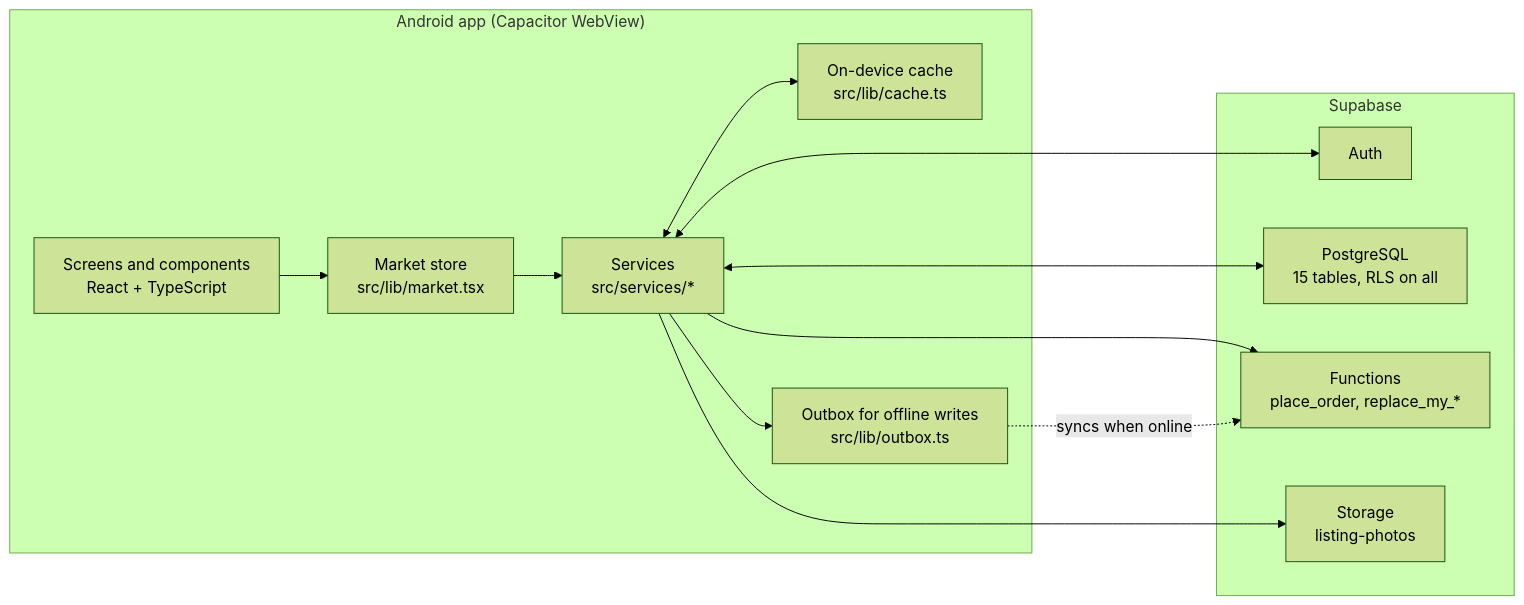
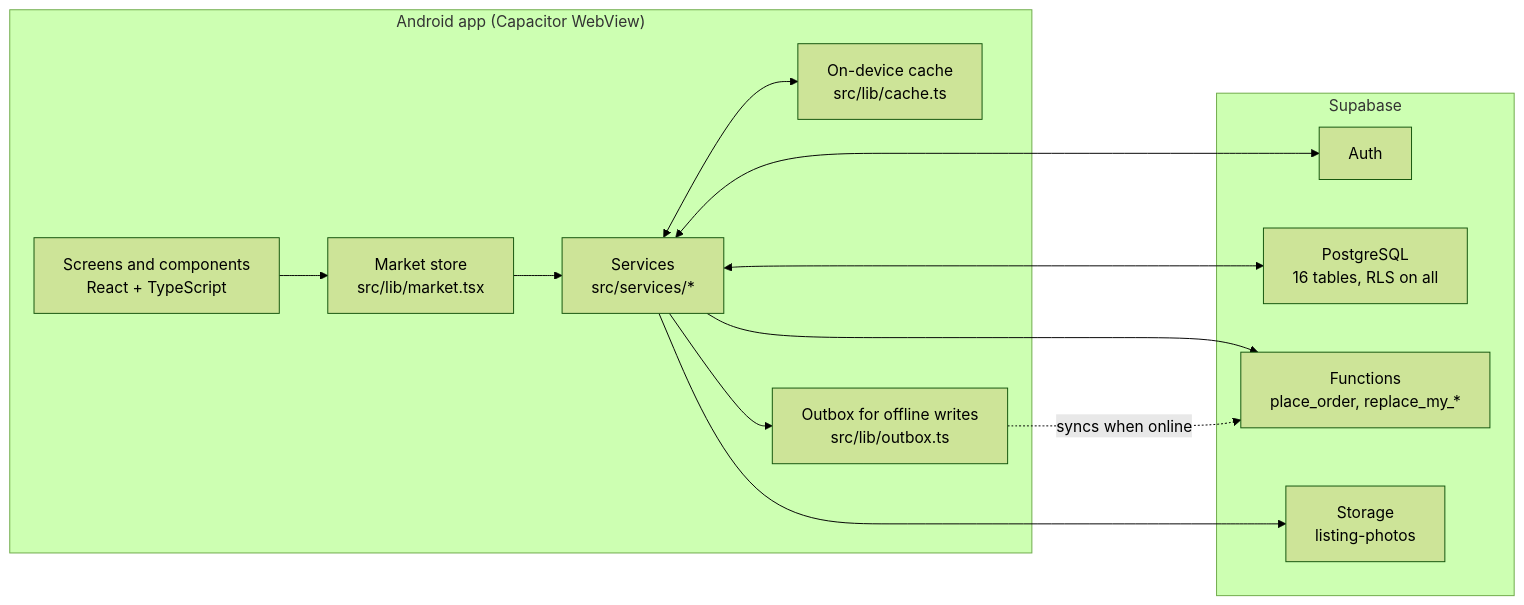
The diagram in README.md (yslruzly/AniSense), drawn with Mermaid (forest theme) before and after one commit. The commit also changed other lines of this file and 32 other files, not shown here.

````diff
--- a/README.md
+++ b/README.md
@@ -105,26 +105,26 @@
 ```mermaid
 flowchart LR
   subgraph Phone["Android app (Capacitor WebView)"]
     UI["Screens and components<br/>React + TypeScript"]
     Store["Market store<br/>src/lib/market.tsx"]
     Services["Services<br/>src/services/*"]
     Cache["On-device cache<br/>src/lib/cache.ts"]
     Outbox["Outbox for offline writes<br/>src/lib/outbox.ts"]
   end
 
   subgraph Supabase
     Auth["Auth"]
-    DB["PostgreSQL<br/>15 tables, RLS on all"]
+    DB["PostgreSQL<br/>16 tables, RLS on all"]
     RPC["Functions<br/>place_order, replace_my_*"]
     Storage["Storage<br/>listing-photos"]
   end
 
   UI --> Store --> Services
   Services <--> Cache
   Services --> Outbox
   Services <--> Auth
   Services <--> DB
   Services --> RPC
   Services --> Storage
   Outbox -. "syncs when online" .-> RPC
 ```
````
